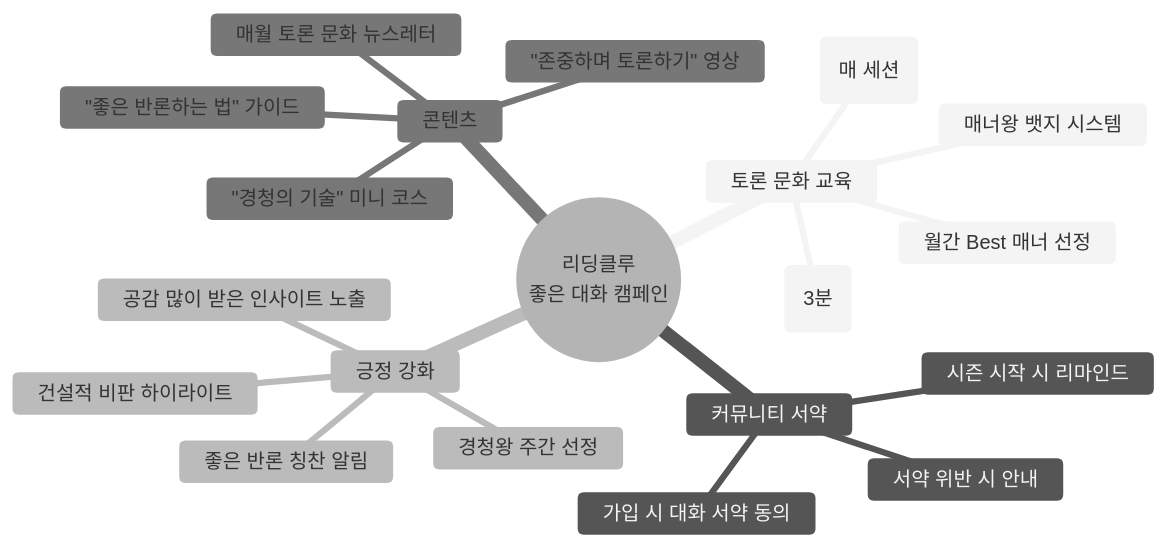
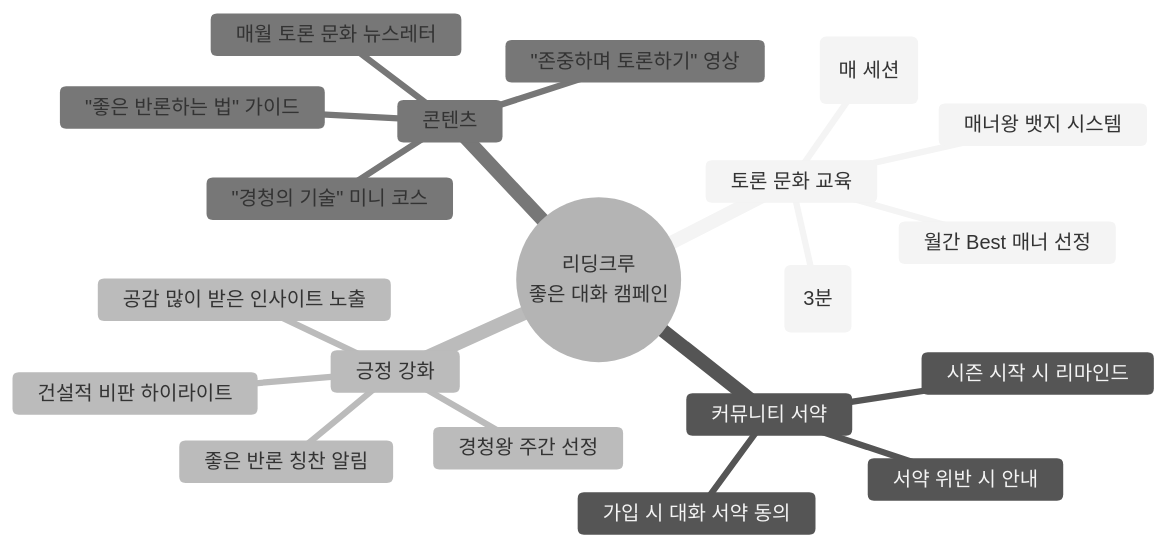
One commit to Collegenie-X/ReadingClueProject changed diagram 33 of 36 in 아이디어/5단계-리딩클루_콘텐츠중심_설계.md. Above: the diagram before and after it, drawn with Mermaid (neutral theme). The commit also changed other lines of this file and 9 other files, not shown here.

````diff
--- a/아이디어/5단계-리딩클루_콘텐츠중심_설계.md
+++ b/아이디어/5단계-리딩클루_콘텐츠중심_설계.md
@@ -1461,23 +1461,23 @@
 ```mermaid
 mindmap
-  root((리딩클루<br/>좋은 대화 캠페인))
+  root((리딩크루<br/>좋은 대화 캠페인))
     토론 문화 교육
       첫 세션 매너 OT (3분)
       토론 매너 카드 (매 세션)
       월간 Best 매너 선정
       매너왕 뱃지 시스템
     커뮤니티 서약
       가입 시 대화 서약 동의
       시즌 시작 시 리마인드
       서약 위반 시 안내
     긍정 강화
       좋은 반론 칭찬 알림
       경청왕 주간 선정
       건설적 비판 하이라이트
       공감 많이 받은 인사이트 노출
     콘텐츠
       "좋은 반론하는 법" 가이드
       "경청의 기술" 미니 코스
       "존중하며 토론하기" 영상
       매월 토론 문화 뉴스레터
 ```
````
